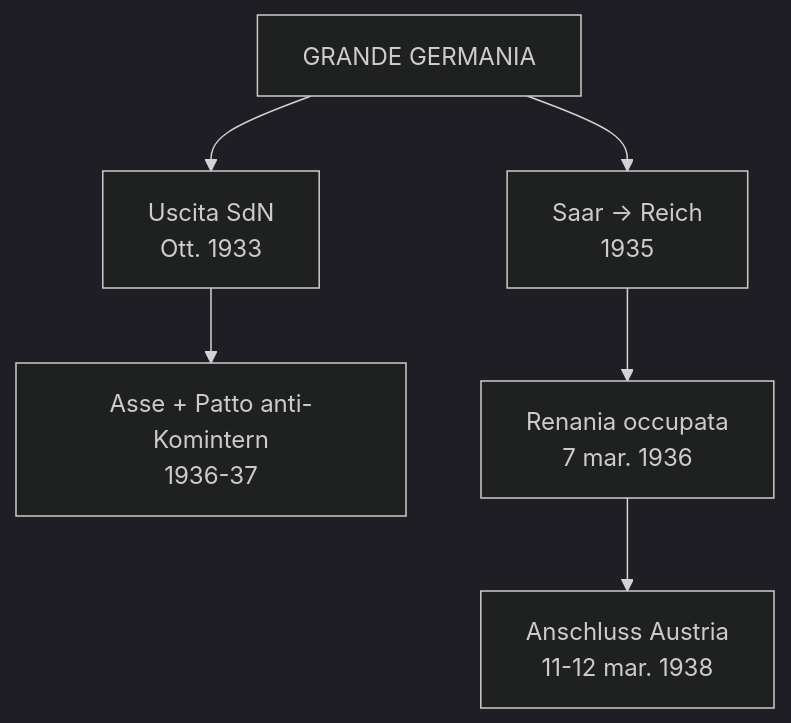
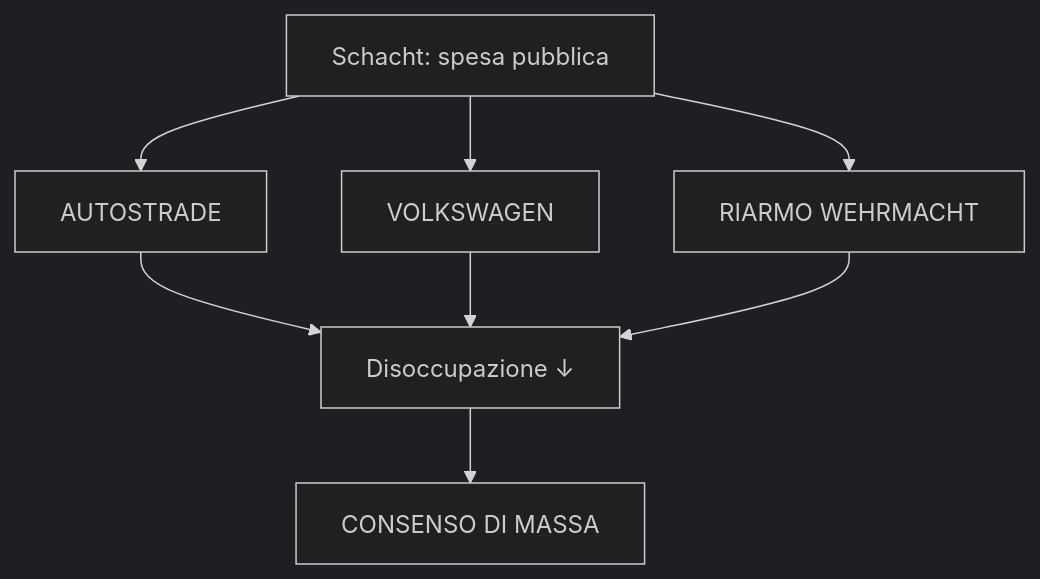
Before and after one commit to riccardo-algorime/appunti-5Bsa: the fourth of 6 diagrams in storia/materiale/studio/capitolo_3.11_ripasso.md, drawn with Mermaid (dark theme). The commit also changed other lines of this file and 5 other files, not shown here.

````diff
--- a/storia/materiale/studio/capitolo_3.11_ripasso.md
+++ b/storia/materiale/studio/capitolo_3.11_ripasso.md
@@ -222,8 +157,10 @@
 ```mermaid
 flowchart TD
-    A[GRANDE GERMANIA] --> B[Uscita SdN<br/>Ott. 1933]
-    B --> C[Asse + Patto anti-Komintern<br/>1936-37]
-    A --> D[Saar → Reich<br/>1935]
-    D --> E[Renania occupata<br/>7 mar. 1936]
-    E --> F[Anschluss Austria<br/>11-12 mar. 1938]
+    A[Schacht: spesa pubblica] --> B[AUTOSTRADE]
+    A --> C[VOLKSWAGEN]
+    A --> D[RIARMO WEHRMACHT]
+    B --> E[Disoccupazione ↓]
+    C --> E
+    D --> E
+    E --> F[CONSENSO DI MASSA]
 ```
````
